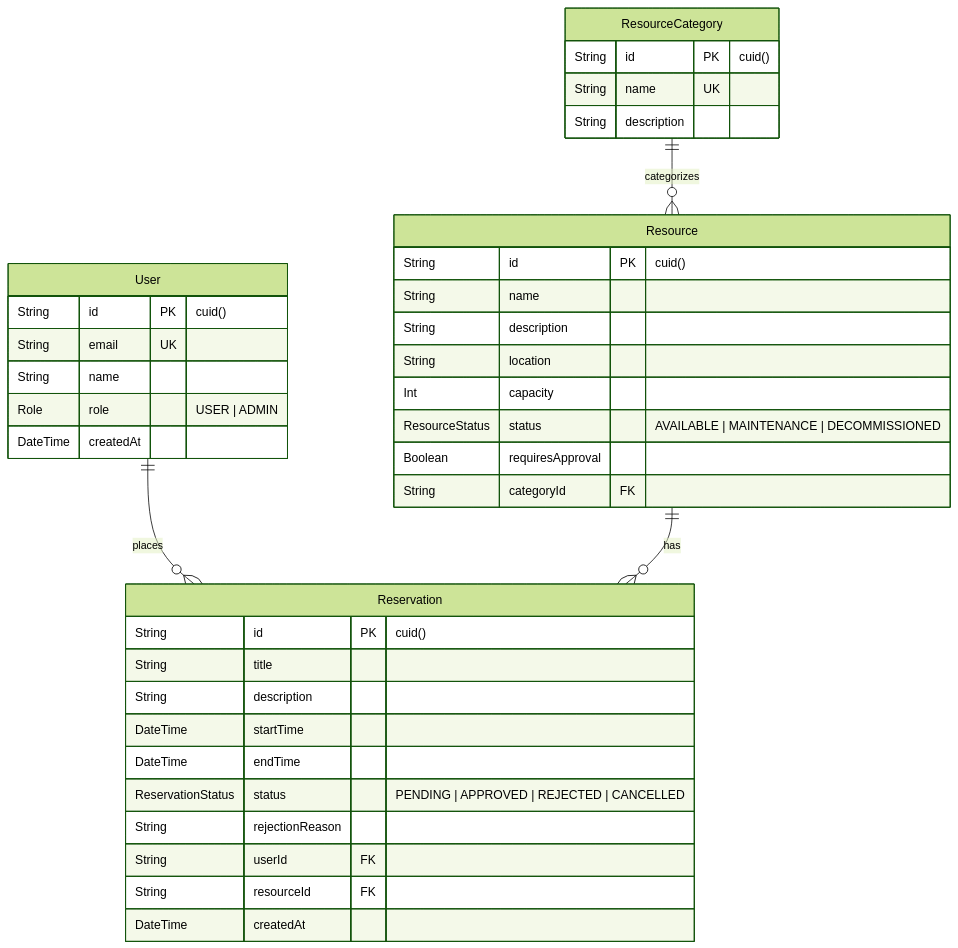
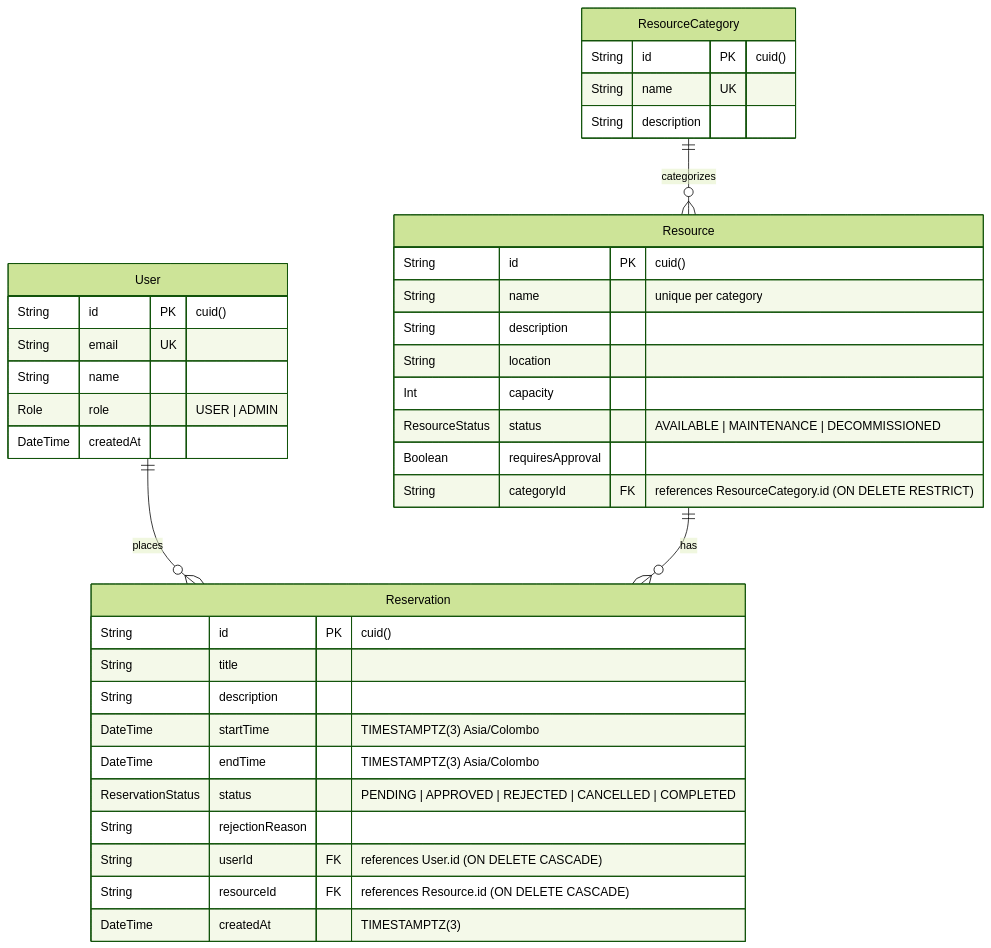
The diagram in README.md (chanukav/resource-reservation-system), drawn with Mermaid (forest theme) before and after one commit. The commit also changed 4 other files, not shown here.

Commit message:
docs(schema): align ER diagrams, schema constraints, and migration history (Finding 6 P1)

````diff
--- a/README.md
+++ b/README.md
@@ -40,43 +40,43 @@
 ```mermaid
 erDiagram
     User ||--o{ Reservation : "places"
     User {
         String id PK "cuid()"
         String email UK
         String name
         Role role "USER | ADMIN"
         DateTime createdAt
     }
 
     ResourceCategory ||--o{ Resource : "categorizes"
     ResourceCategory {
         String id PK "cuid()"
         String name UK
         String description
     }
 
     Resource ||--o{ Reservation : "has"
     Resource {
         String id PK "cuid()"
-        String name
+        String name "unique per category"
         String description
         String location
         Int capacity
         ResourceStatus status "AVAILABLE | MAINTENANCE | DECOMMISSIONED"
         Boolean requiresApproval
-        String categoryId FK
+        String categoryId FK "references ResourceCategory.id (ON DELETE RESTRICT)"
     }
 
     Reservation {
         String id PK "cuid()"
         String title
         String description
-        DateTime startTime
-        DateTime endTime
-        ReservationStatus status "PENDING | APPROVED | REJECTED | CANCELLED"
+        DateTime startTime "TIMESTAMPTZ(3) Asia/Colombo"
+        DateTime endTime "TIMESTAMPTZ(3) Asia/Colombo"
+        ReservationStatus status "PENDING | APPROVED | REJECTED | CANCELLED | COMPLETED"
         String rejectionReason
-        String userId FK
-        String resourceId FK
-        DateTime createdAt
+        String userId FK "references User.id (ON DELETE CASCADE)"
+        String resourceId FK "references Resource.id (ON DELETE CASCADE)"
+        DateTime createdAt "TIMESTAMPTZ(3)"
     }
 ```
````
